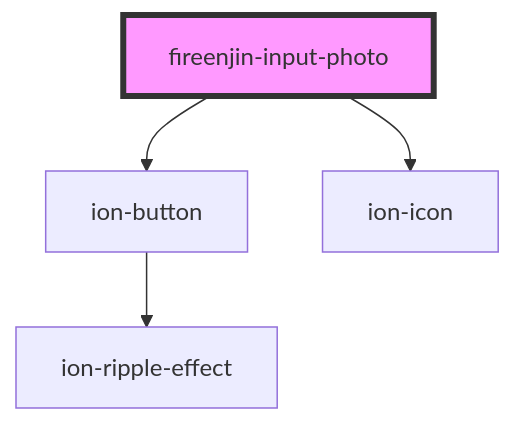
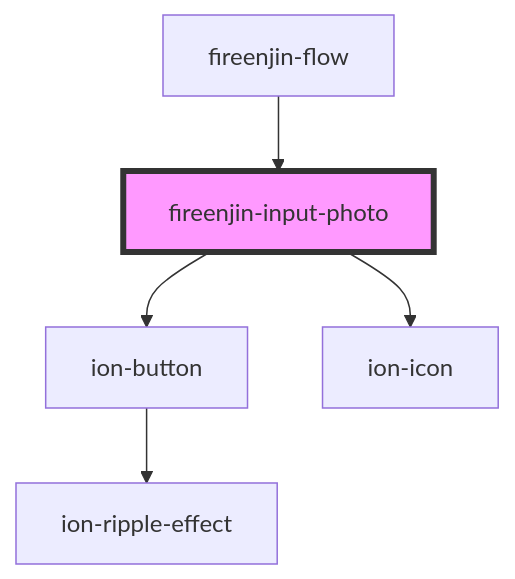
The diagram in src/components/input-photo/readme.md (FireEnjin/Components), drawn with Mermaid before and after one commit. The commit also changed other lines of this file and 10 other files, not shown here.

Commit message:
fix(flow): Setup basic flow form functionality

````diff
--- a/src/components/input-photo/readme.md
+++ b/src/components/input-photo/readme.md
@@ -56,7 +60,8 @@
 ```mermaid
 graph TD;
   fireenjin-input-photo --> ion-button
   fireenjin-input-photo --> ion-icon
   ion-button --> ion-ripple-effect
+  fireenjin-flow --> fireenjin-input-photo
   style fireenjin-input-photo fill:#f9f,stroke:#333,stroke-width:4px
 ```
````
